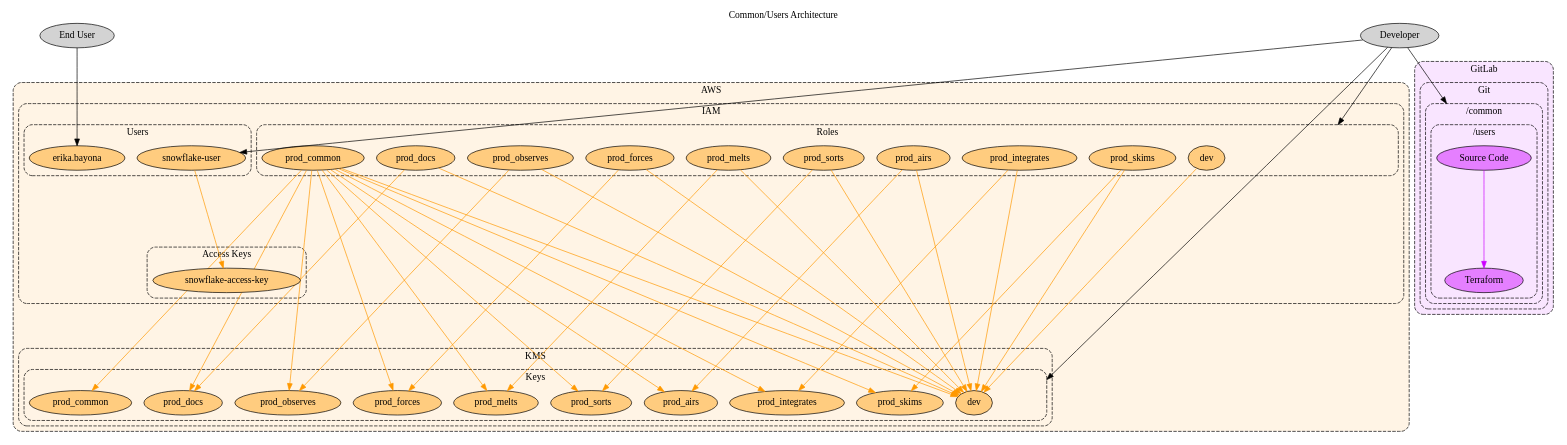
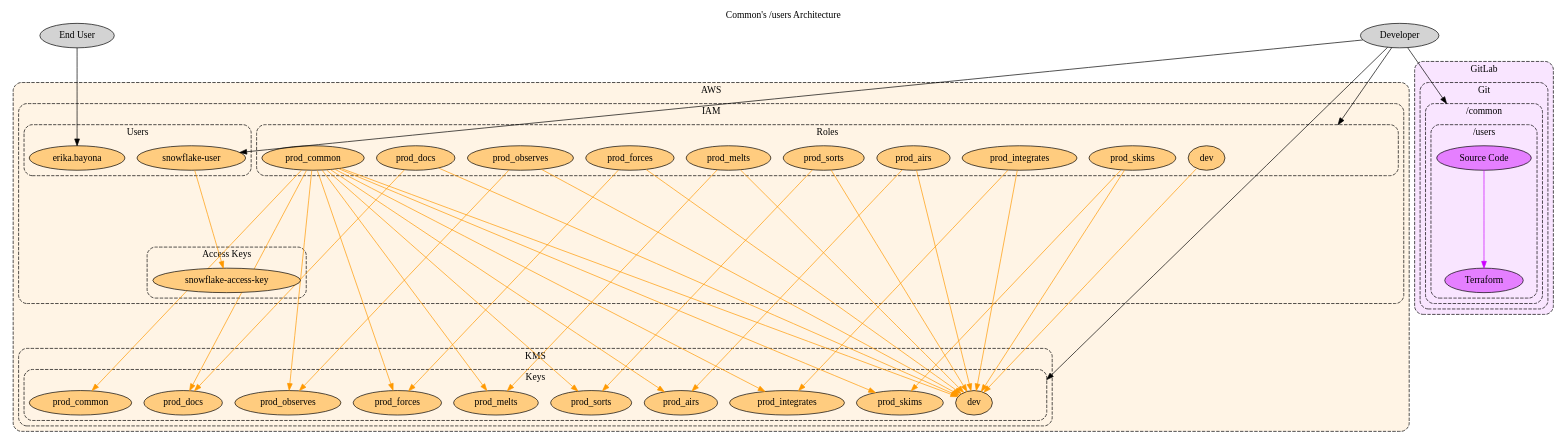
The diagram in docs/src/docs/development/products/common-users-arch.dot (jeanbaptistemora/fluidattacks-universe2), drawn with Graphviz before and after one commit. The commit also changed 4 other files, not shown here.

```diff
--- a/docs/src/docs/development/products/common-users-arch.dot
+++ b/docs/src/docs/development/products/common-users-arch.dot
@@ -1,155 +1,154 @@
 // SPDX-FileCopyrightText: 2022 Fluid Attacks <development@fluidattacks.com>
 //
 // SPDX-License-Identifier: MPL-2.0
 
 digraph common {
-  label="Common/Users Architecture"
+  label="Common's /users Architecture"
   labelloc="t"
   compound="true"
   layout="dot"
   splines="line"
   scale="scalexy"
   ranksep="2.0"
 
   node[style="filled"]
   graph[style="dashed,rounded"]
 
   subgraph cluster_aws {
     label="AWS"
     bgcolor="0.1 0.1 1.0"
     node[fillcolor="0.1 0.5 1.0"]
 
     subgraph cluster_aws_iam {
       label="IAM"
 
       subgraph cluster_aws_iam_roles {
         label="Roles"
 
         cluster_aws_iam_roles[style="invis"]
         aws_iam_roles_dev[label="dev"]
         aws_iam_roles_prod_airs[label="prod_airs"]
         aws_iam_roles_prod_common[label="prod_common"]
         aws_iam_roles_prod_docs[label="prod_docs"]
         aws_iam_roles_prod_forces[label="prod_forces"]
         aws_iam_roles_prod_integrates[label="prod_integrates"]
         aws_iam_roles_prod_melts[label="prod_melts"]
         aws_iam_roles_prod_observes[label="prod_observes"]
         aws_iam_roles_prod_skims[label="prod_skims"]
         aws_iam_roles_prod_sorts[label="prod_sorts"]
       }
 
       subgraph cluster_aws_iam_users {
         label="Users"
 
         aws_iam_users_erika_bayona[label="erika.bayona"]
         aws_iam_users_snowflake_user[label="snowflake-user"]
       }
 
       subgraph cluster_aws_iam_access_keys {
         label="Access Keys"
 
         aws_iam_access_keys_snowflake_access_key[label="snowflake-access-key"]
       }
     }
 
     subgraph cluster_aws_kms {
       label="KMS"
 
       subgraph cluster_aws_kms_keys {
         label="Keys"
 
         cluster_aws_kms_keys[label="" style="invis"]
         aws_kms_keys_dev[label="dev"]
         aws_kms_keys_prod_airs[label="prod_airs"]
         aws_kms_keys_prod_common[label="prod_common"]
         aws_kms_keys_prod_docs[label="prod_docs"]
         aws_kms_keys_prod_forces[label="prod_forces"]
         aws_kms_keys_prod_integrates[label="prod_integrates"]
         aws_kms_keys_prod_melts[label="prod_melts"]
         aws_kms_keys_prod_observes[label="prod_observes"]
         aws_kms_keys_prod_skims[label="prod_skims"]
         aws_kms_keys_prod_sorts[label="prod_sorts"]
       }
     }
   }
 
   subgraph cluster_gitlab {
     label="GitLab"
     bgcolor="0.8 0.1 1.0"
     node[fillcolor="0.8 0.5 1.0"]
 
     subgraph cluster_gitlab_git {
       label="Git"
 
       subgraph cluster_gitlab_git_common {
         label="/common"
 
         subgraph cluster_gitlab_git_common_users {
           label="/users"
 
           gitlab_git_common_users[label="Source Code"]
           gitlab_git_common_users_terraform[label="Terraform"]
         }
       }
     }
   }
 
   aws_iam_access_keys_snowflake_access_key -> cluster_aws_kms_keys[style="invis"]
   aws_iam_access_keys_snowflake_access_key -> aws_kms_keys_dev[style="invis"]
   aws_iam_access_keys_snowflake_access_key -> aws_kms_keys_prod_airs[style="invis"]
   aws_iam_access_keys_snowflake_access_key -> aws_kms_keys_prod_common[style="invis"]
   aws_iam_access_keys_snowflake_access_key -> aws_kms_keys_prod_docs[style="invis"]
   aws_iam_access_keys_snowflake_access_key -> aws_kms_keys_prod_forces[style="invis"]
   aws_iam_access_keys_snowflake_access_key -> aws_kms_keys_prod_integrates[style="invis"]
   aws_iam_access_keys_snowflake_access_key -> aws_kms_keys_prod_melts[style="invis"]
   aws_iam_access_keys_snowflake_access_key -> aws_kms_keys_prod_observes[style="invis"]
   aws_iam_access_keys_snowflake_access_key -> aws_kms_keys_prod_skims[style="invis"]
   aws_iam_access_keys_snowflake_access_key -> aws_kms_keys_prod_sorts[style="invis"]
 
   edge[color="0.1 1.0 1.0"]
   aws_iam_roles_dev -> aws_kms_keys_dev[]
   aws_iam_roles_prod_airs -> aws_kms_keys_dev[]
   aws_iam_roles_prod_airs -> aws_kms_keys_prod_airs[]
   aws_iam_roles_prod_common -> aws_kms_keys_dev[]
   aws_iam_roles_prod_common -> aws_kms_keys_prod_airs[]
   aws_iam_roles_prod_common -> aws_kms_keys_prod_common[]
   aws_iam_roles_prod_common -> aws_kms_keys_prod_docs[]
   aws_iam_roles_prod_common -> aws_kms_keys_prod_forces[]
   aws_iam_roles_prod_common -> aws_kms_keys_prod_integrates[]
   aws_iam_roles_prod_common -> aws_kms_keys_prod_melts[]
   aws_iam_roles_prod_common -> aws_kms_keys_prod_observes[]
   aws_iam_roles_prod_common -> aws_kms_keys_prod_skims[]
   aws_iam_roles_prod_common -> aws_kms_keys_prod_sorts[]
   aws_iam_roles_prod_docs -> aws_kms_keys_dev[]
   aws_iam_roles_prod_docs -> aws_kms_keys_prod_docs[]
   aws_iam_roles_prod_forces -> aws_kms_keys_dev[]
   aws_iam_roles_prod_forces -> aws_kms_keys_prod_forces[]
   aws_iam_roles_prod_integrates -> aws_kms_keys_dev[]
   aws_iam_roles_prod_integrates -> aws_kms_keys_prod_integrates[]
   aws_iam_roles_prod_melts -> aws_kms_keys_dev[]
   aws_iam_roles_prod_melts -> aws_kms_keys_prod_melts[]
   aws_iam_roles_prod_observes -> aws_kms_keys_dev[]
   aws_iam_roles_prod_observes -> aws_kms_keys_prod_observes[]
   aws_iam_roles_prod_skims -> aws_kms_keys_dev[]
   aws_iam_roles_prod_skims -> aws_kms_keys_prod_skims[]
   aws_iam_roles_prod_sorts -> aws_kms_keys_dev[]
   aws_iam_roles_prod_sorts -> aws_kms_keys_prod_sorts[]
   aws_iam_users_snowflake_user -> aws_iam_access_keys_snowflake_access_key[]
 
   edge[color="0.6 1.0 1.0"]
 
   edge[color="0.8 1.0 1.0"]
   gitlab_git_common_users -> gitlab_git_common_users_terraform[]
 
   node[fillcolor="/x11/lightgray"]
   developer[label="Developer"]
   end_user[label="End User"]
 
   edge[color="/x11/black"]
-  // developer -> cluster_aws_s3_common_ci_cache[]
   developer -> cluster_aws_kms_keys[lhead="cluster_aws_kms_keys"]
   developer -> cluster_aws_iam_roles[lhead="cluster_aws_iam_roles"]
   developer -> gitlab_git_common_users[lhead="cluster_gitlab_git_common"]
   developer -> aws_iam_users_snowflake_user[]
   end_user -> aws_iam_users_erika_bayona[]
 }
```
